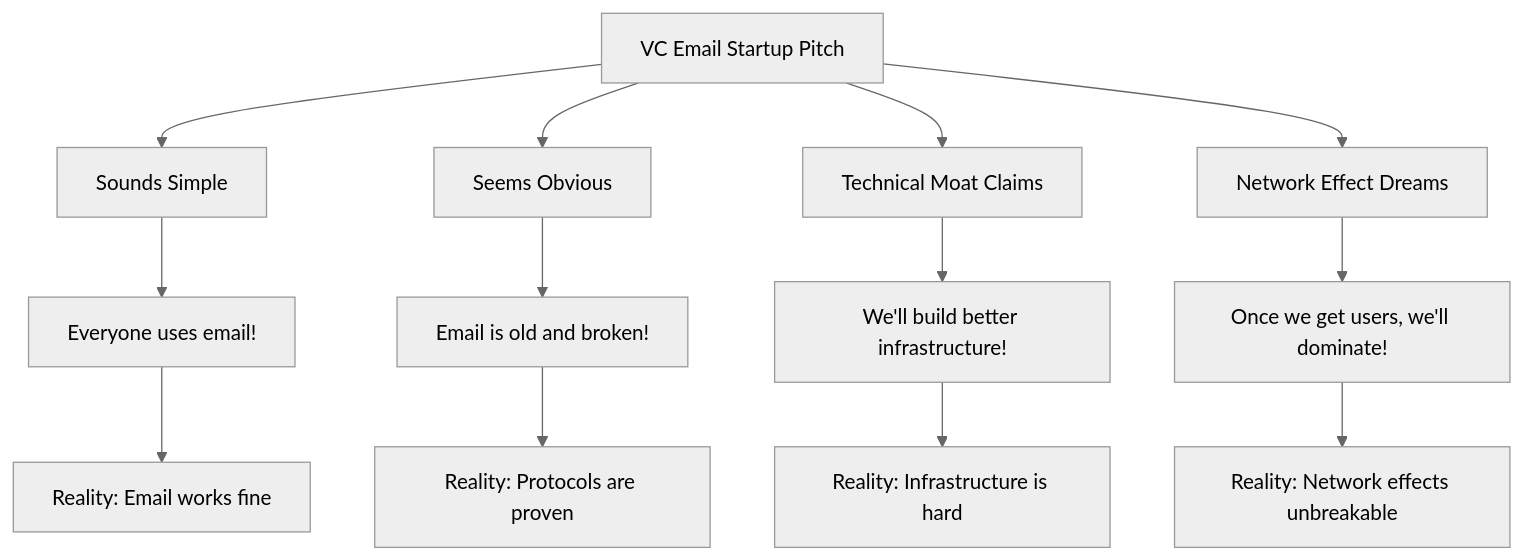
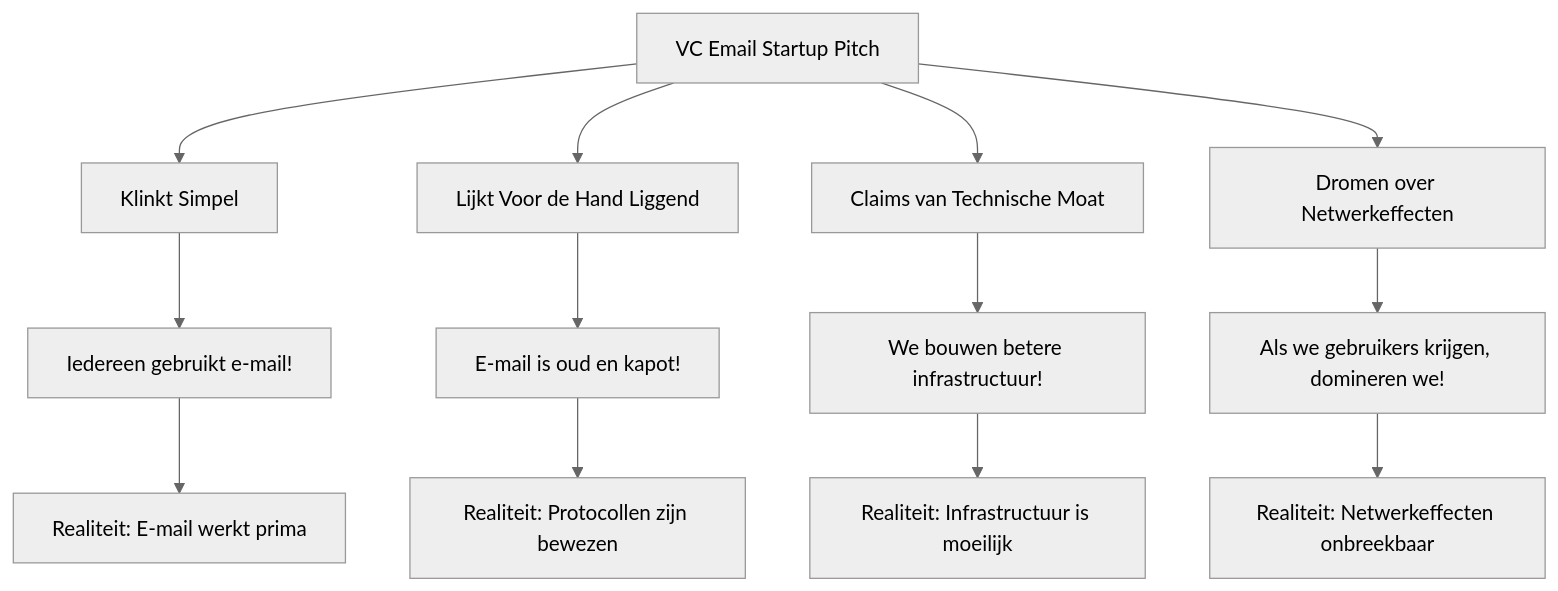
Before and after one commit to forwardemail/forwardemail.net: the third of 10 diagrams in app/views/docs/email-startup-graveyard-why-80-percent-email-companies-fail/index-nl.md, drawn with Mermaid (neutral theme). The commit also changed other lines of this file and 1055 other files, not shown here.

````diff
--- a/app/views/docs/email-startup-graveyard-why-80-percent-email-companies-fail/index-nl.md
+++ b/app/views/docs/email-startup-graveyard-why-80-percent-email-companies-fail/index-nl.md
@@ -275,17 +274,17 @@
 ```mermaid
 graph TD
-    A[VC Email Startup Pitch] --> B[Sounds Simple]
-    A --> C[Seems Obvious]
-    A --> D[Technical Moat Claims]
-    A --> E[Network Effect Dreams]
+    A[VC Email Startup Pitch] --> B[Klinkt Simpel]
+    A --> C[Lijkt Voor de Hand Liggend]
+    A --> D[Claims van Technische Moat]
+    A --> E[Dromen over Netwerkeffecten]
 
-    B --> F[Everyone uses email!]
-    C --> G[Email is old and broken!]
-    D --> H[We'll build better infrastructure!]
-    E --> I[Once we get users, we'll dominate!]
+    B --> F[Iedereen gebruikt e-mail!]
+    C --> G[E-mail is oud en kapot!]
+    D --> H[We bouwen betere infrastructuur!]
+    E --> I[Als we gebruikers krijgen, domineren we!]
 
-    F --> J[Reality: Email works fine]
-    G --> K[Reality: Protocols are proven]
-    H --> L[Reality: Infrastructure is hard]
-    I --> M[Reality: Network effects unbreakable]
+    F --> J[Realiteit: E-mail werkt prima]
+    G --> K[Realiteit: Protocollen zijn bewezen]
+    H --> L[Realiteit: Infrastructuur is moeilijk]
+    I --> M[Realiteit: Netwerkeffecten onbreekbaar]
 ```
````
